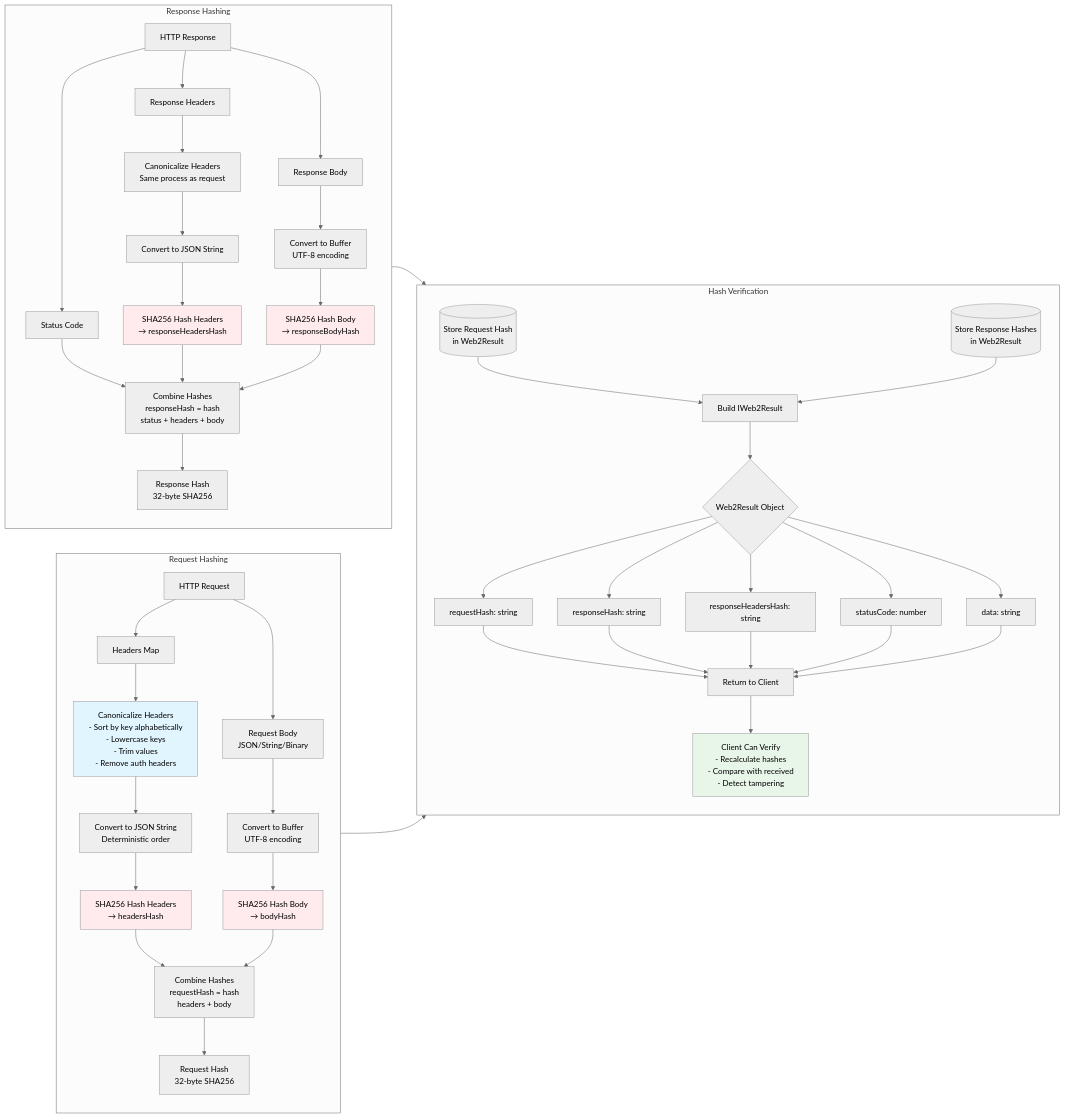
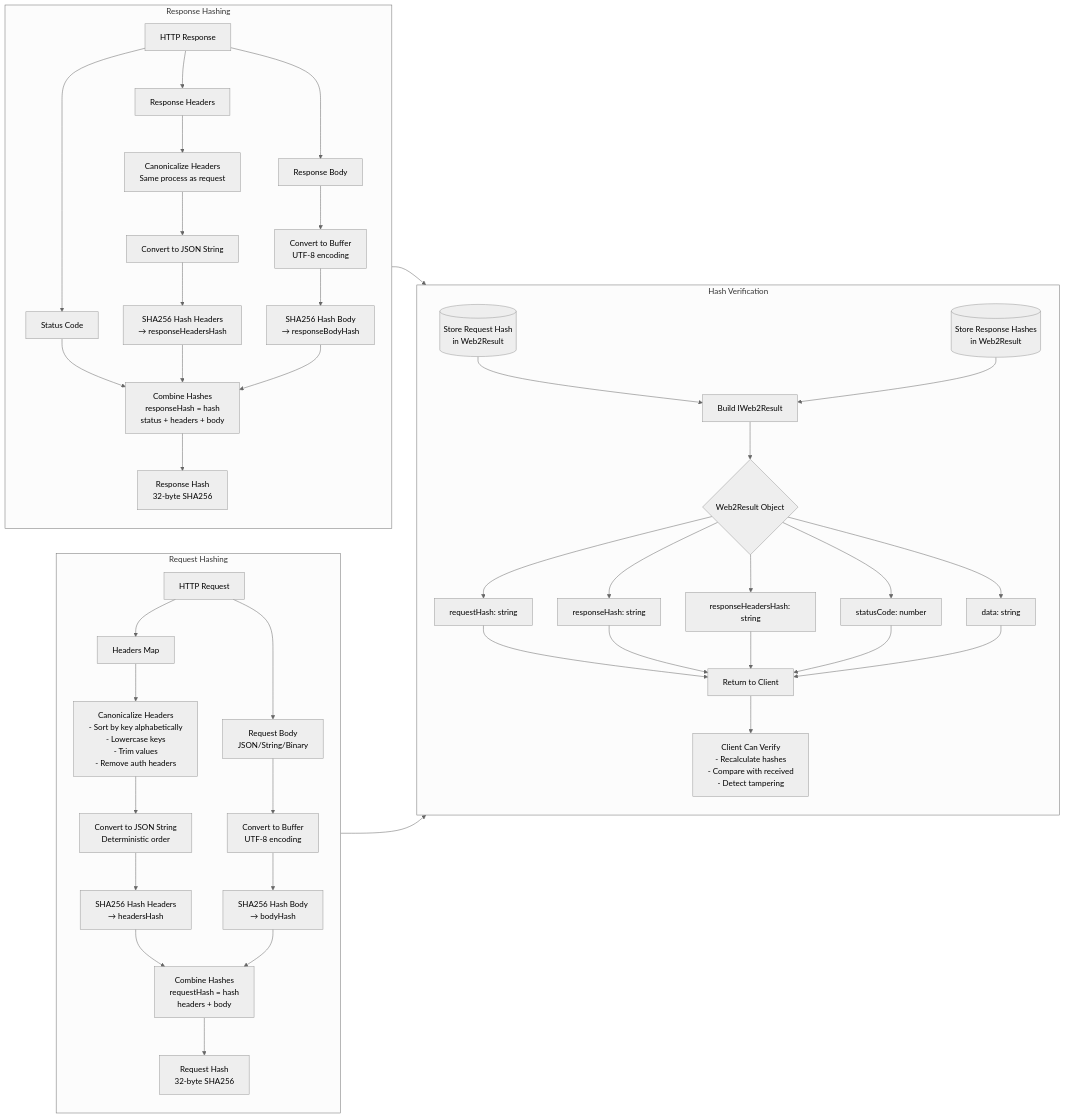
The seventh of 10 diagrams in web2-integration/WEB2_DAHR.md (kynesyslabs/demos_network_technical_documentation), drawn with Mermaid (neutral theme) before and after one commit. The commit also changed other lines of this file and 24 other files, not shown here.

````diff
--- a/web2-integration/WEB2_DAHR.md
+++ b/web2-integration/WEB2_DAHR.md
@@ -433,72 +398,66 @@
 ```mermaid
 flowchart LR
     subgraph "Request Hashing"
         direction TB
         ReqStart[HTTP Request] --> ReqHeaders[Headers Map]
         ReqStart --> ReqBody[Request Body<br/>JSON/String/Binary]
 
         ReqHeaders --> CanonHeaders[Canonicalize Headers<br/>- Sort by key alphabetically<br/>- Lowercase keys<br/>- Trim values<br/>- Remove auth headers]
 
         CanonHeaders --> HeadersJSON[Convert to JSON String<br/>Deterministic order]
         HeadersJSON --> HashHeaders[SHA256 Hash Headers<br/>→ headersHash]
 
         ReqBody --> ConvertBuffer[Convert to Buffer<br/>UTF-8 encoding]
         ConvertBuffer --> HashBody[SHA256 Hash Body<br/>→ bodyHash]
 
         HashHeaders --> CombineReqHash[Combine Hashes<br/>requestHash = hash<br/>headers + body]
         HashBody --> CombineReqHash
 
         CombineReqHash --> ReqHashResult[Request Hash<br/>32-byte SHA256]
     end
 
     subgraph "Response Hashing"
         direction TB
         RespStart[HTTP Response] --> RespStatus[Status Code]
         RespStart --> RespHeaders[Response Headers]
         RespStart --> RespBody[Response Body]
 
         RespHeaders --> CanonRespHeaders[Canonicalize Headers<br/>Same process as request]
         CanonRespHeaders --> RespHeadersJSON[Convert to JSON String]
         RespHeadersJSON --> HashRespHeaders[SHA256 Hash Headers<br/>→ responseHeadersHash]
 
         RespBody --> RespBuffer[Convert to Buffer<br/>UTF-8 encoding]
         RespBuffer --> HashRespBody[SHA256 Hash Body<br/>→ responseBodyHash]
 
         RespStatus --> CombineRespHash[Combine Hashes<br/>responseHash = hash<br/>status + headers + body]
         HashRespHeaders --> CombineRespHash
         HashRespBody --> CombineRespHash
 
         CombineRespHash --> RespHashResult[Response Hash<br/>32-byte SHA256]
     end
 
     subgraph "Hash Verification"
         direction TB
         ReqHashResult --> StoreReq[(Store Request Hash<br/>in Web2Result)]
         RespHashResult --> StoreResp[(Store Response Hashes<br/>in Web2Result)]
 
         StoreReq --> BuildResult[Build IWeb2Result]
         StoreResp --> BuildResult
 
         BuildResult --> ResultObject{Web2Result Object}
         ResultObject --> Field1[requestHash: string]
         ResultObject --> Field2[responseHash: string]
         ResultObject --> Field3[responseHeadersHash: string]
         ResultObject --> Field4[statusCode: number]
         ResultObject --> Field5[data: string]
 
         Field1 --> Client[Return to Client]
         Field2 --> Client
         Field3 --> Client
         Field4 --> Client
         Field5 --> Client
 
         Client --> ClientVerify[Client Can Verify<br/>- Recalculate hashes<br/>- Compare with received<br/>- Detect tampering]
     end
 
-    style CanonHeaders fill:#e1f5ff
-    style HashHeaders fill:#ffebee
-    style HashBody fill:#ffebee
-    style HashRespHeaders fill:#ffebee
-    style HashRespBody fill:#ffebee
-    style ClientVerify fill:#e8f5e9
 ```
````
